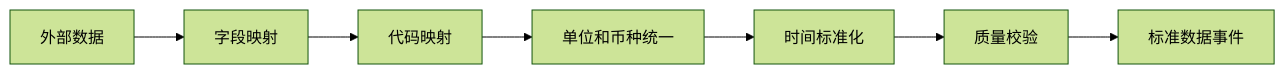
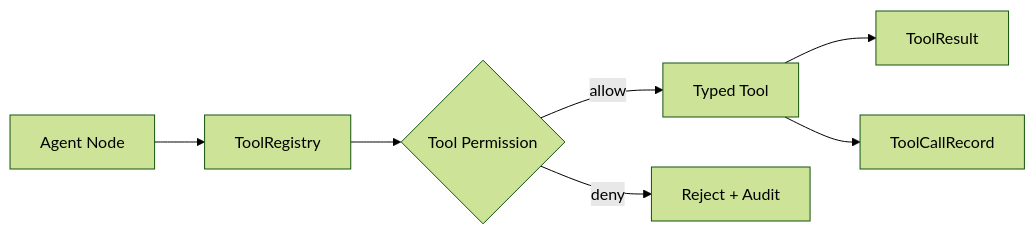
The fourth of 10 diagrams in docs/design/v0.1/architecture/Margin_架构设计_v0.1_中文.md (RickyW0529/Margin), drawn with Mermaid (forest theme) before and after one commit. The commit also changed other lines of this file and 171 other files, not shown here.

````diff
--- a/docs/design/v0.1/architecture/Margin_架构设计_v0.1_中文.md
+++ b/docs/design/v0.1/architecture/Margin_架构设计_v0.1_中文.md
@@ -176,9 +261,9 @@
 ```mermaid
 flowchart LR
-    A[外部数据] --> B[字段映射]
-    B --> C[代码映射]
-    C --> D[单位和币种统一]
-    D --> E[时间标准化]
-    E --> F[质量校验]
-    F --> G[标准数据事件]
+    Agent[Agent Node] --> Registry[ToolRegistry]
+    Registry --> Permission{Tool Permission}
+    Permission -->|allow| Tool[Typed Tool]
+    Permission -->|deny| Reject[Reject + Audit]
+    Tool --> Result[ToolResult]
+    Tool --> Audit[ToolCallRecord]
 ```
````
